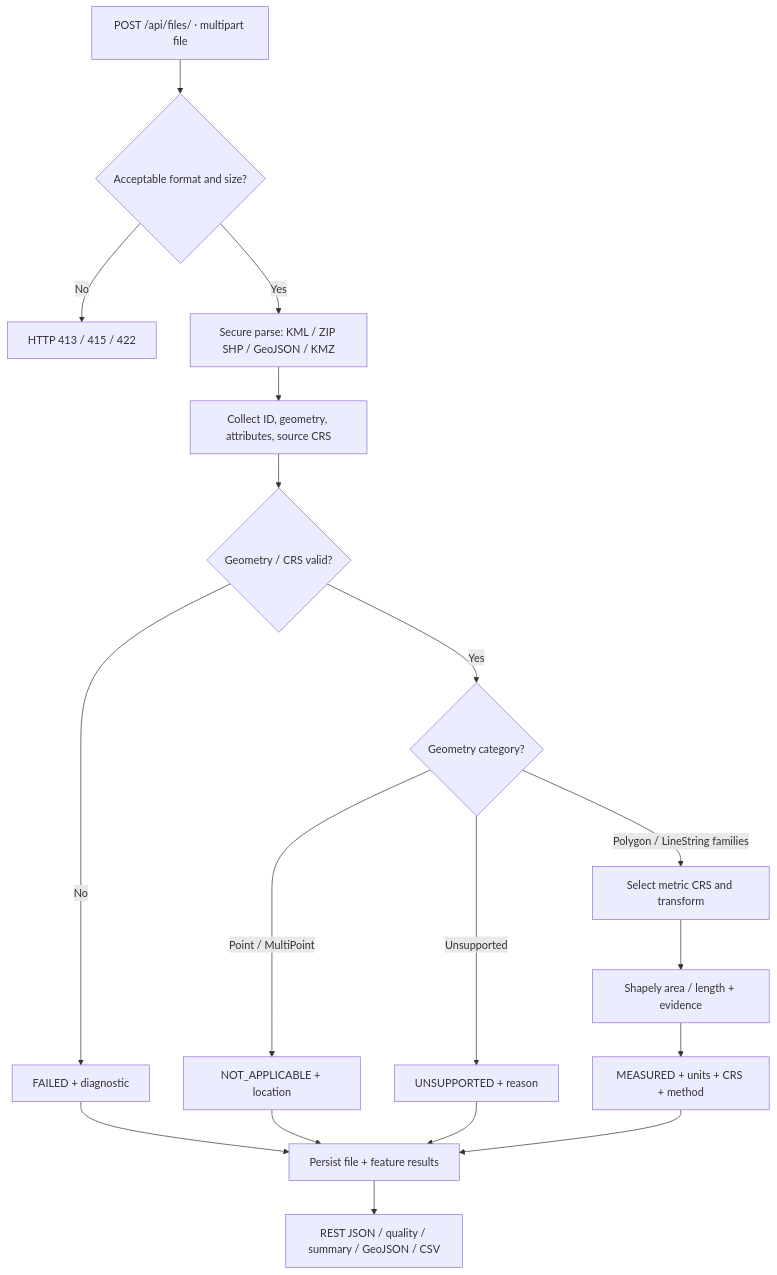
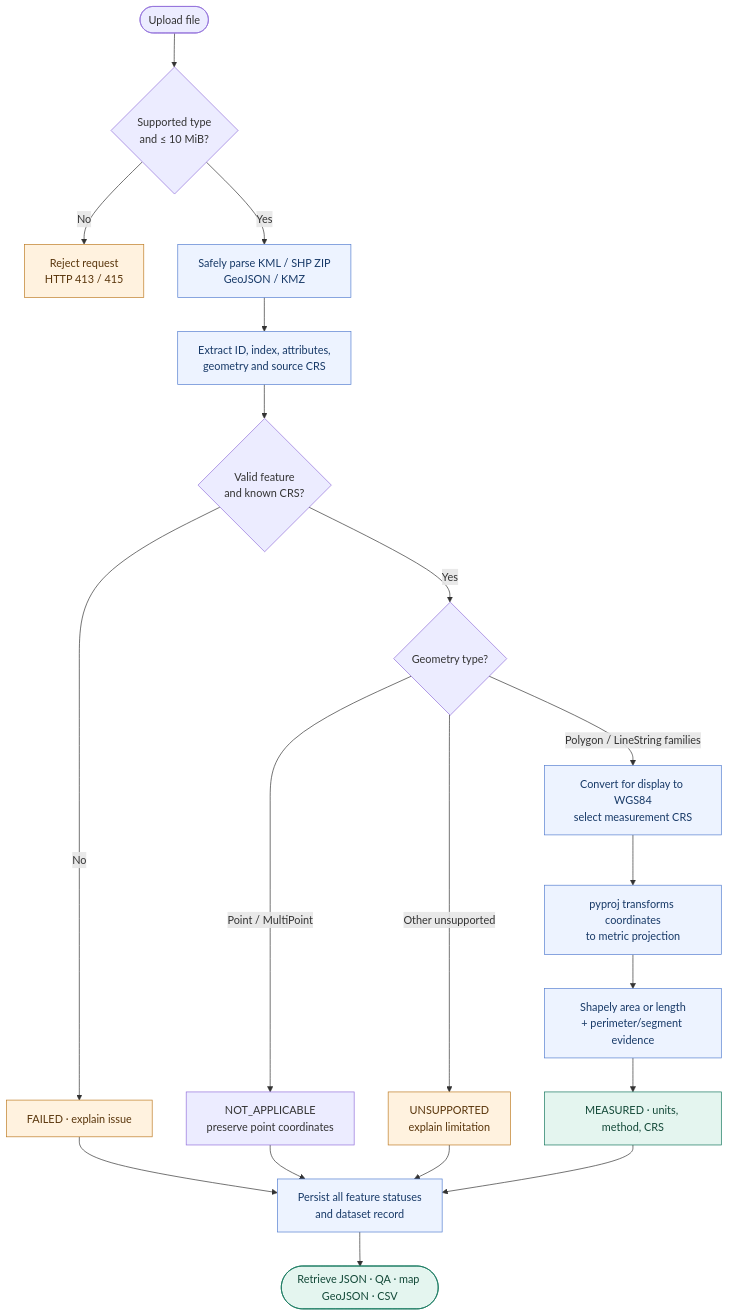
The third of 4 diagrams in README.md (dhanushgowdars/Spatial-Asset-Management-Platform), drawn with Mermaid before and after one commit. The commit also changed other lines of this file and 8 other files, not shown here.

Commit message:
docs(aereo): showcase GeoInsight architecture and verified UI results

````diff
--- a/README.md
+++ b/README.md
@@ -210,20 +213,28 @@
 ```mermaid
 flowchart TD
-    A["POST /api/files/ · multipart file"] --> B{"Acceptable format and size?"}
-    B -->|"No"| REJ["HTTP 413 / 415 / 422"]
-    B -->|"Yes"| C["Secure parse: KML / ZIP SHP / GeoJSON / KMZ"]
-    C --> D["Collect ID, geometry, attributes, source CRS"]
-    D --> E{"Geometry / CRS valid?"}
-    E -->|"No"| FAIL["FAILED + diagnostic"]
-    E -->|"Yes"| F{"Geometry category?"}
-    F -->|"Point / MultiPoint"| NA["NOT_APPLICABLE + location"]
-    F -->|"Unsupported"| UNS["UNSUPPORTED + reason"]
-    F -->|"Polygon / LineString families"| PROJ["Select metric CRS and transform"]
-    PROJ --> MEAS["Shapely area / length + evidence"]
-    MEAS --> OK["MEASURED + units + CRS + method"]
-    FAIL --> STORE["Persist file + feature results"]
-    NA --> STORE
-    UNS --> STORE
-    OK --> STORE
-    STORE --> OUT["REST JSON / quality / summary / GeoJSON / CSV"]
+    A([Upload file]) --> B{"Supported type<br/>and ≤ 10 MiB?"}
+    B -->|No| X["Reject request<br/>HTTP 413 / 415"]
+    B -->|Yes| C["Safely parse KML / SHP ZIP<br/>GeoJSON / KMZ"]
+    C --> D["Extract ID, index, attributes,<br/>geometry and source CRS"]
+    D --> E{"Valid feature<br/>and known CRS?"}
+    E -->|No| F["FAILED · explain issue"]
+    E -->|Yes| G{"Geometry type?"}
+    G -->|"Point / MultiPoint"| P["NOT_APPLICABLE<br/>preserve point coordinates"]
+    G -->|"Other unsupported"| U["UNSUPPORTED<br/>explain limitation"]
+    G -->|"Polygon / LineString families"| H["Convert for display to WGS84<br/>select measurement CRS"]
+    H --> I["pyproj transforms coordinates<br/>to metric projection"]
+    I --> J["Shapely area or length<br/>+ perimeter/segment evidence"]
+    J --> K["MEASURED · units, method, CRS"]
+    F --> L["Persist all feature statuses<br/>and dataset record"]
+    P --> L
+    U --> L
+    K --> L
+    L --> M(["Retrieve JSON · QA · map GeoJSON · CSV"])
+
+    classDef good fill:#E4F5EF,stroke:#13765C,color:#134938
+    classDef caution fill:#FFF2DF,stroke:#BE7B24,color:#59350B
+    classDef stage fill:#EDF3FF,stroke:#557FD0,color:#173967
+    class K,M good
+    class F,U,X caution
+    class C,D,H,I,J,L stage
 ```
````
